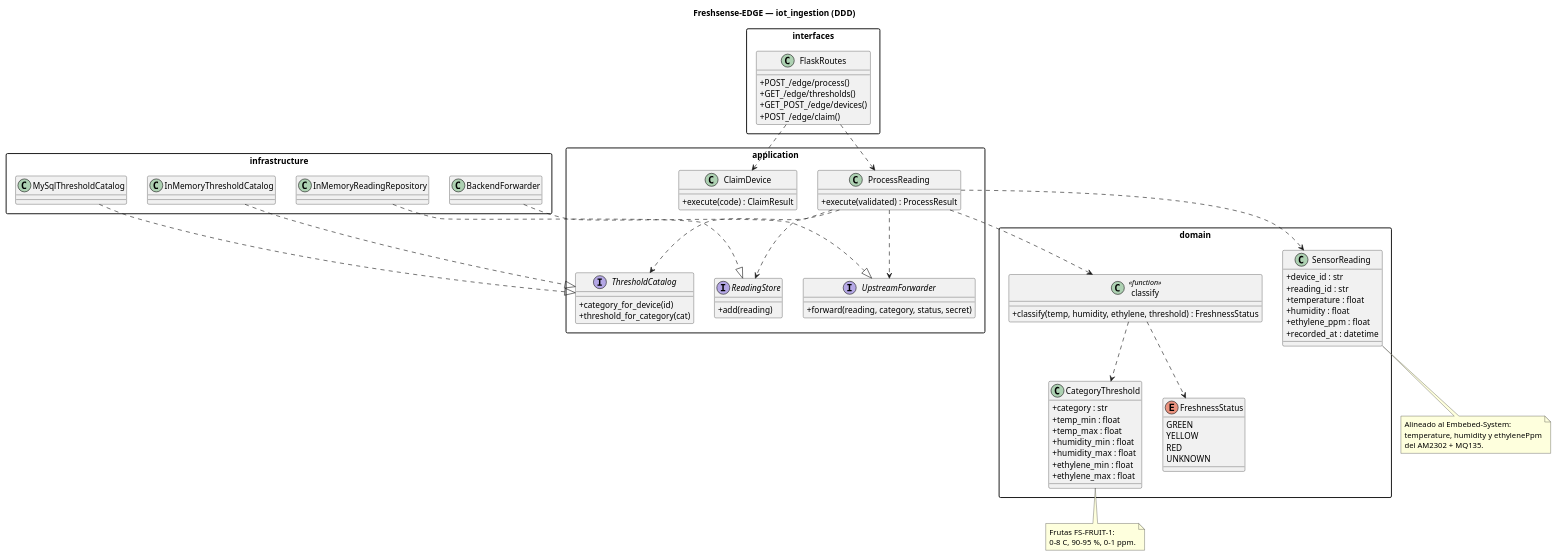
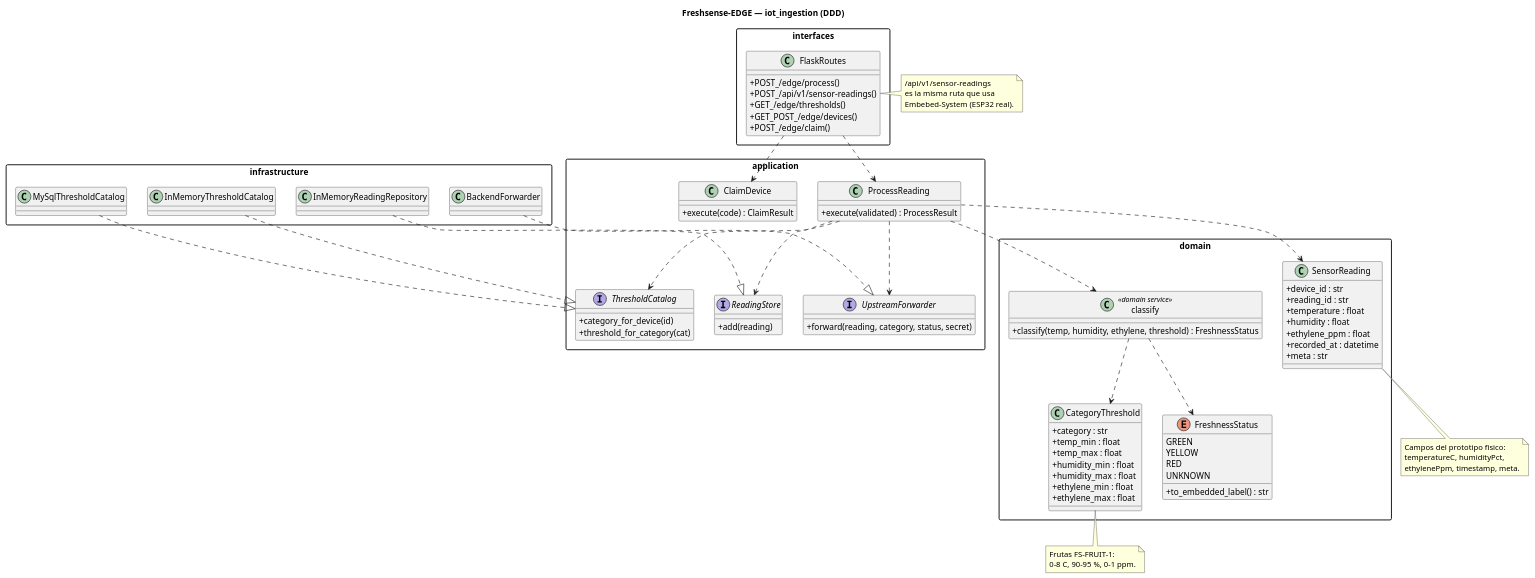
The diagram in docs/class-diagram.puml (1ASI0572-2620-8725/Freshsense-EDGE), drawn with PlantUML before and after one commit. The commit also changed 12 other files, not shown here.

Commit message:
Polish DDD for Embebed sensor readings and document the physical ESP32 flow.

```diff
--- a/docs/class-diagram.puml
+++ b/docs/class-diagram.puml
@@ -1,103 +1,112 @@
 @startuml FreshsenseEdge
 skinparam classAttributeIconSize 0
 skinparam packageStyle rectangle
 skinparam shadowing false
 
 title Freshsense-EDGE — iot_ingestion (DDD)
 
 package "domain" {
   class SensorReading {
     + device_id : str
     + reading_id : str
     + temperature : float
     + humidity : float
     + ethylene_ppm : float
     + recorded_at : datetime
+    + meta : str
   }
 
   class CategoryThreshold {
     + category : str
     + temp_min : float
     + temp_max : float
     + humidity_min : float
     + humidity_max : float
     + ethylene_min : float
     + ethylene_max : float
   }
 
   enum FreshnessStatus {
     GREEN
     YELLOW
     RED
     UNKNOWN
+    + to_embedded_label() : str
   }
 
-  class classify <<function>> {
+  class classify <<domain service>> {
     + classify(temp, humidity, ethylene, threshold) : FreshnessStatus
   }
 }
 
 package "application" {
   class ProcessReading {
     + execute(validated) : ProcessResult
   }
 
   class ClaimDevice {
     + execute(code) : ClaimResult
   }
 
   interface ReadingStore {
     + add(reading)
   }
 
   interface ThresholdCatalog {
     + category_for_device(id)
     + threshold_for_category(cat)
   }
 
   interface UpstreamForwarder {
     + forward(reading, category, status, secret)
   }
 }
 
 package "infrastructure" {
   class InMemoryReadingRepository
   class MySqlThresholdCatalog
   class InMemoryThresholdCatalog
   class BackendForwarder
 }
 
 package "interfaces" {
   class FlaskRoutes {
     + POST_/edge/process()
+    + POST_/api/v1/sensor-readings()
     + GET_/edge/thresholds()
     + GET_POST_/edge/devices()
     + POST_/edge/claim()
   }
 }
 
 ProcessReading ..> SensorReading
 ProcessReading ..> classify
 ProcessReading ..> ReadingStore
 ProcessReading ..> ThresholdCatalog
 ProcessReading ..> UpstreamForwarder
 classify ..> CategoryThreshold
 classify ..> FreshnessStatus
 InMemoryReadingRepository ..|> ReadingStore
 MySqlThresholdCatalog ..|> ThresholdCatalog
 InMemoryThresholdCatalog ..|> ThresholdCatalog
 BackendForwarder ..|> UpstreamForwarder
 FlaskRoutes ..> ProcessReading
 FlaskRoutes ..> ClaimDevice
 
+note right of FlaskRoutes
+  /api/v1/sensor-readings
+  es la misma ruta que usa
+  Embebed-System (ESP32 real).
+end note
+
 note bottom of SensorReading
-  Alineado al Embebed-System:
-  temperature, humidity y ethylenePpm
-  del AM2302 + MQ135.
+  Campos del prototipo fisico:
+  temperatureC, humidityPct,
+  ethylenePpm, timestamp, meta.
 end note
 
 note bottom of CategoryThreshold
   Frutas FS-FRUIT-1:
   0-8 C, 90-95 %, 0-1 ppm.
 end note
 @enduml
```
